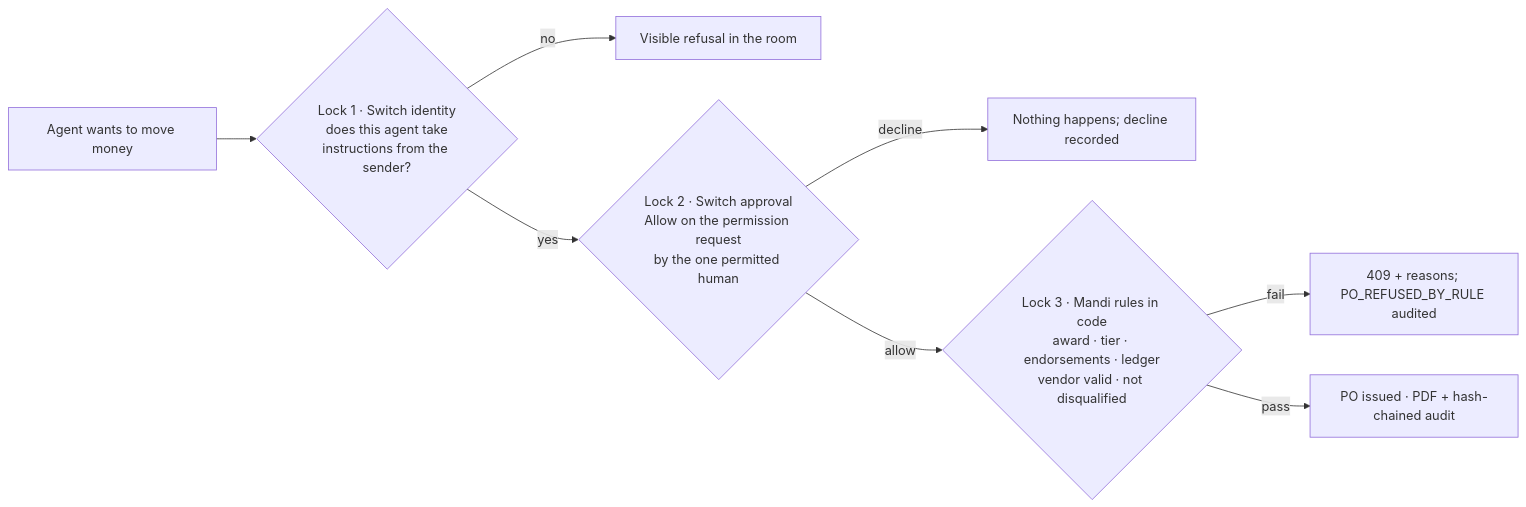
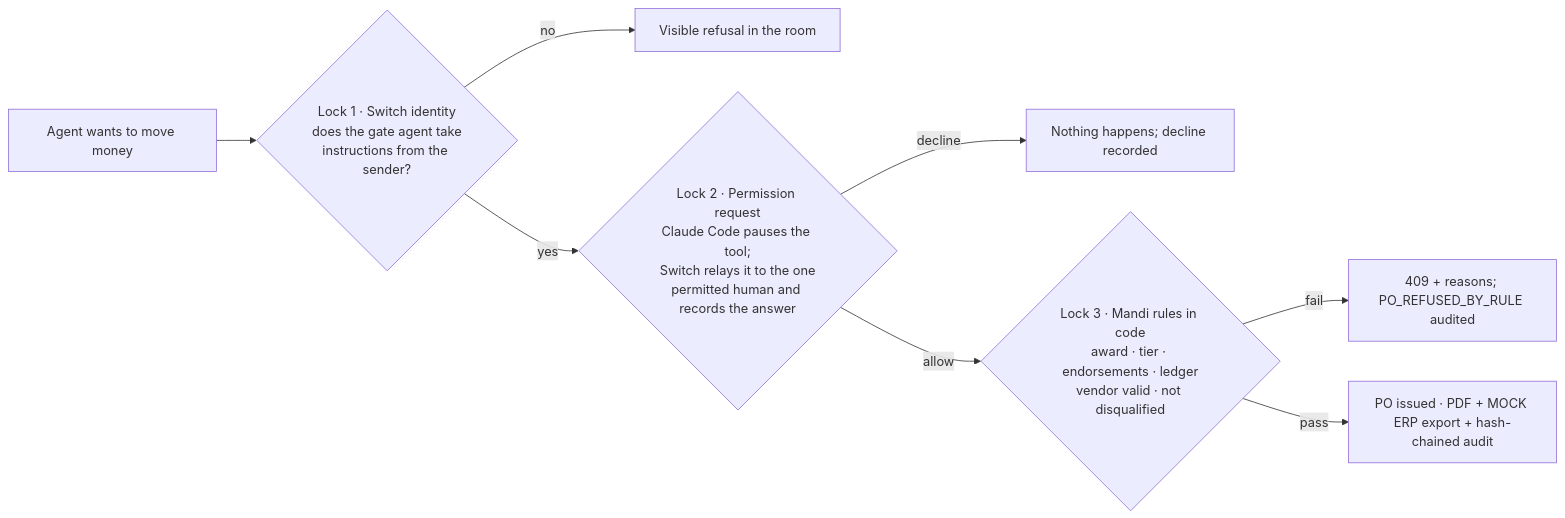
The first of 2 diagrams in README.md (NamanChordia07/mandi-switch), drawn with Mermaid before and after one commit. The commit also changed other lines of this file and 1 other file, not shown here.

First line of the commit message:
README: internal pain first, two-minute replay look, stage map, honest Switch/SAP wording

````diff
--- a/README.md
+++ b/README.md
@@ -83,10 +136,10 @@
 ```mermaid
 flowchart LR
-  A[Agent wants to move money] --> L1{Lock 1 · Switch identity<br/>does this agent take<br/>instructions from the sender?}
+  A[Agent wants to move money] --> L1{Lock 1 · Switch identity<br/>does the gate agent take<br/>instructions from the sender?}
   L1 -- no --> R1[Visible refusal in the room]
-  L1 -- yes --> L2{Lock 2 · Switch approval<br/>Allow on the permission request<br/>by the one permitted human}
+  L1 -- yes --> L2{Lock 2 · Permission request<br/>Claude Code pauses the tool;<br/>Switch relays it to the one<br/>permitted human and records the answer}
   L2 -- decline --> R2[Nothing happens; decline recorded]
   L2 -- allow --> L3{Lock 3 · Mandi rules in code<br/>award · tier · endorsements · ledger<br/>vendor valid · not disqualified}
   L3 -- fail --> R3[409 + reasons; PO_REFUSED_BY_RULE audited]
-  L3 -- pass --> PO[PO issued · PDF + hash-chained audit]
+  L3 -- pass --> PO[PO issued · PDF + MOCK ERP export + hash-chained audit]
 ```
````
